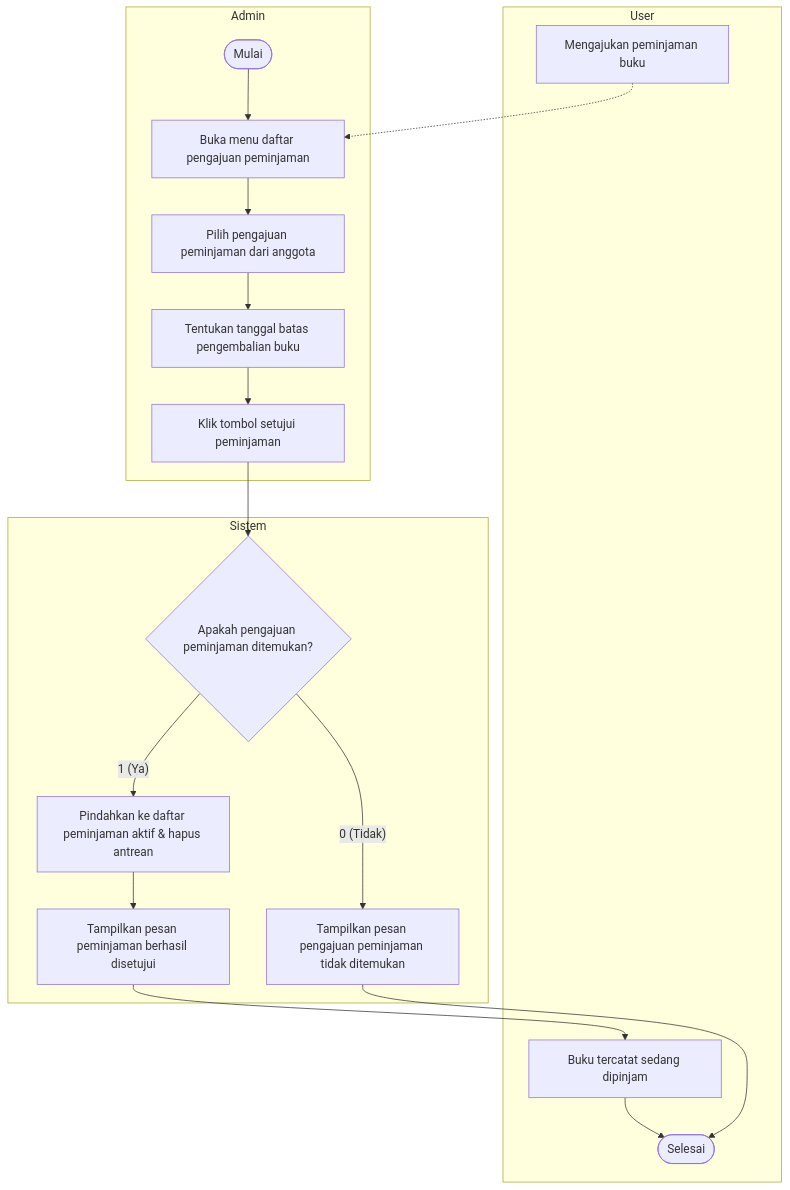
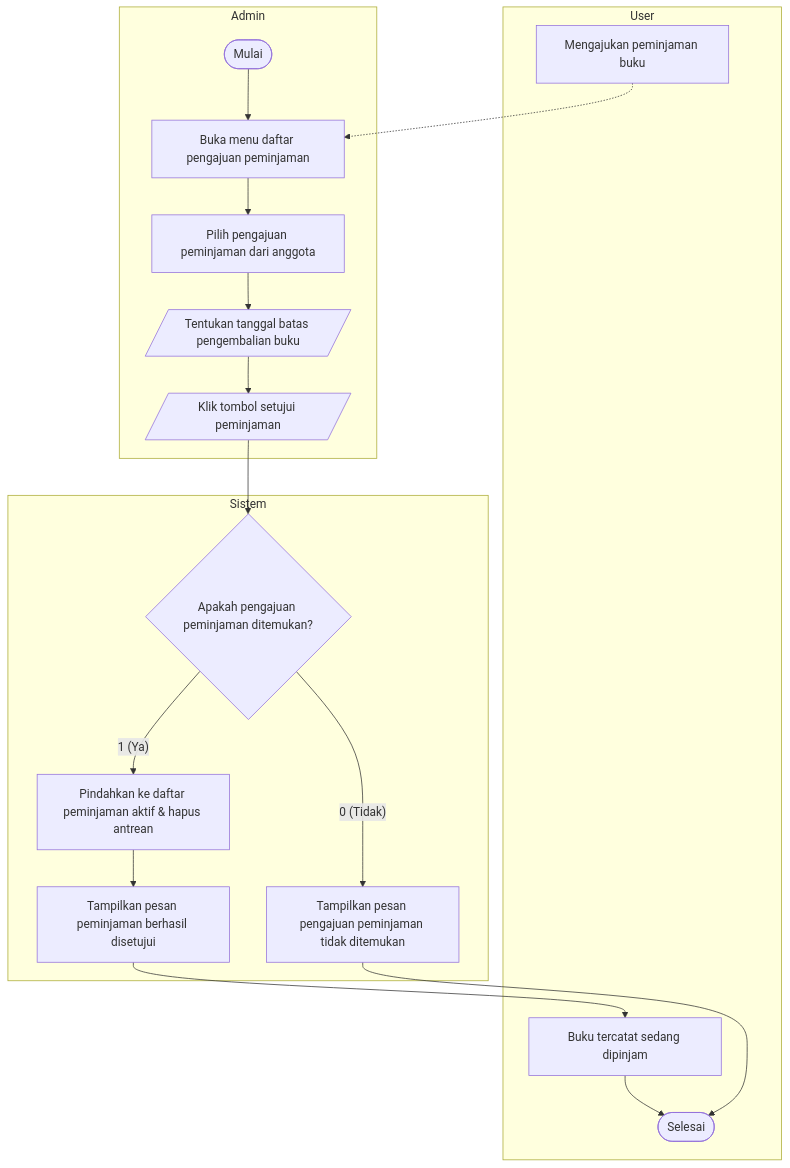
The diagram in docs/uml/src/diagrams/list-diagrams/activity-acceptpeminjaman.mmd (dimstyle/ruang-baca), drawn with Mermaid before and after one commit. The commit also changed 78 other files, not shown here.

Commit message:
docs(uml): use parallelogram shape for input and button actions in flowchart and activity diagrams

```diff
--- a/docs/uml/src/diagrams/list-diagrams/activity-acceptpeminjaman.mmd
+++ b/docs/uml/src/diagrams/list-diagrams/activity-acceptpeminjaman.mmd
@@ -1,22 +1,22 @@
 flowchart TD
     subgraph User["User"]
         reqLoan["Mengajukan peminjaman buku"]
         activeLoan["Buku tercatat sedang dipinjam"] --> finish(["Selesai"])
     end
 
     subgraph Admin["Admin"]
         start(["Mulai"]) --> openReq["Buka menu daftar pengajuan peminjaman"]
         reqLoan -.-> openReq
         openReq --> selectReq["Pilih pengajuan peminjaman dari anggota"]
-        selectReq --> inputLimit["Tentukan tanggal batas pengembalian buku"]
-        inputLimit --> clickApprove["Klik tombol setujui peminjaman"]
+        selectReq --> inputLimit[/"Tentukan tanggal batas pengembalian buku"/]
+        inputLimit --> clickApprove[/"Klik tombol setujui peminjaman"/]
     end
 
     subgraph Sistem["Sistem"]
         clickApprove --> checkFound{"Apakah pengajuan peminjaman ditemukan?"}
         checkFound -->|"0 (Tidak)"| notFound["Tampilkan pesan pengajuan peminjaman tidak ditemukan"]
         notFound --> finish
         checkFound -->|"1 (Ya)"| moveActive["Pindahkan ke daftar peminjaman aktif & hapus antrean"]
         moveActive --> msgOk["Tampilkan pesan peminjaman berhasil disetujui"]
         msgOk --> activeLoan
     end
```
